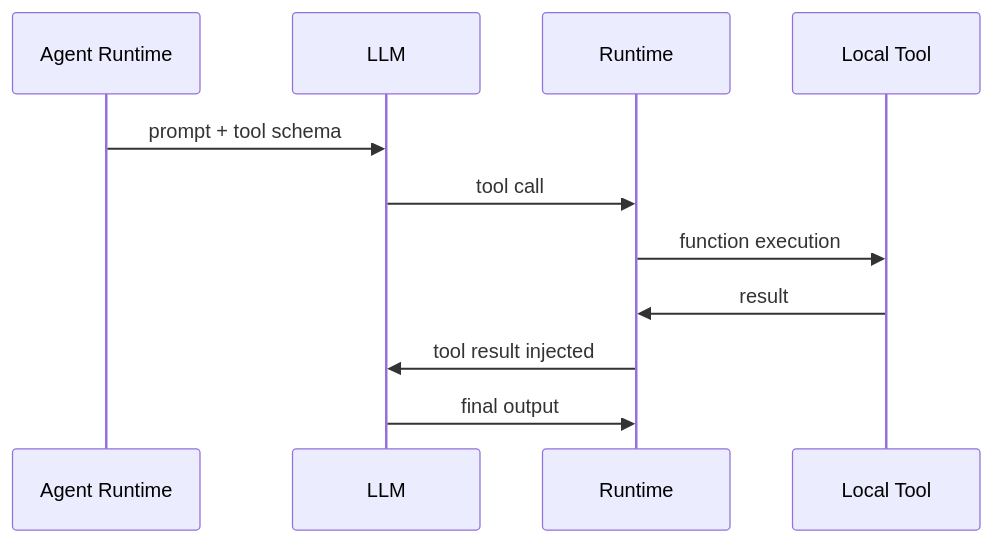
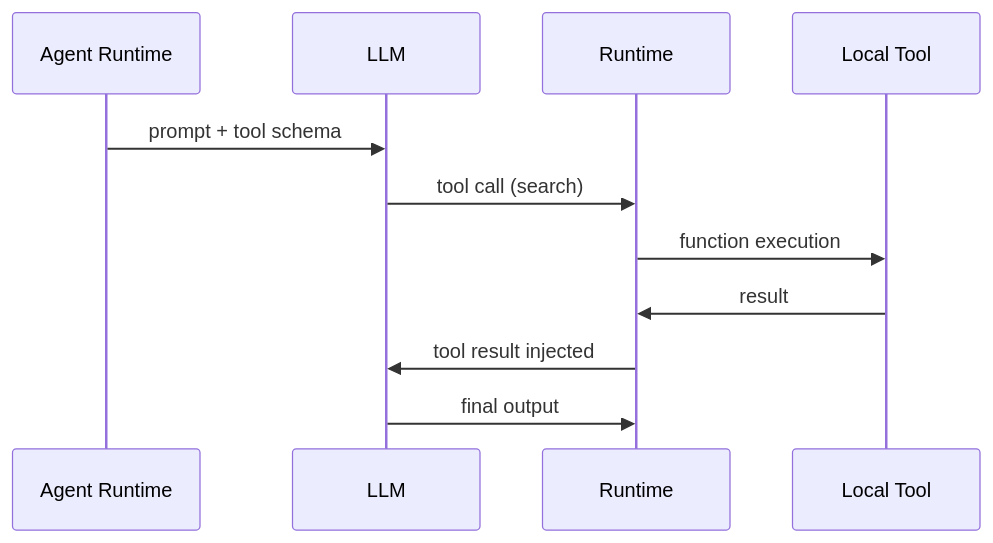
The second of 5 diagrams in docs/MCP-Servers.md (seanwhs/Introduction-to-OpenRouter-Agents-SDK-in-TypeScript), drawn with Mermaid before and after one commit. The commit also changed other lines of this file and 3 other files, not shown here.

````diff
--- a/docs/MCP-Servers.md
+++ b/docs/MCP-Servers.md
@@ -40,9 +65,9 @@
 ```mermaid
 sequenceDiagram
 Agent Runtime->>LLM: prompt + tool schema
-LLM->>Runtime: tool call
+LLM->>Runtime: tool call (search)
 Runtime->>Local Tool: function execution
 Local Tool->>Runtime: result
 Runtime->>LLM: tool result injected
 LLM->>Runtime: final output
 ```
````
